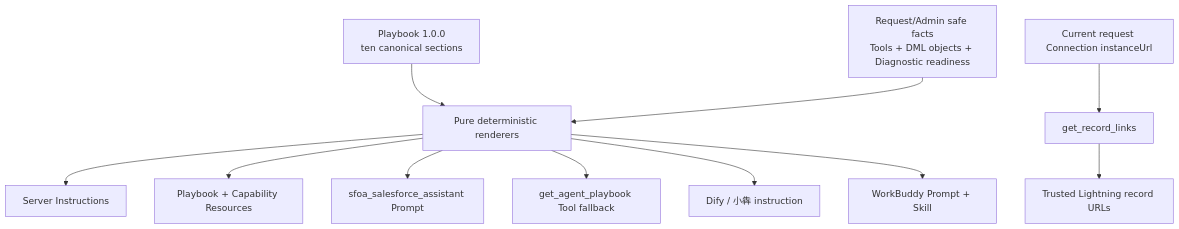
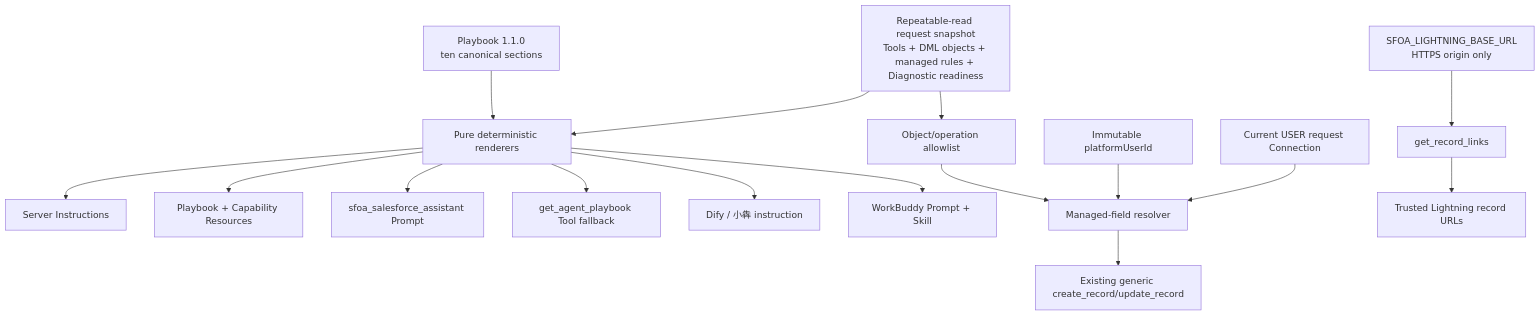
Before and after one commit to ElioLin/sfoa-enterprise-mcp: the seventh of 7 diagrams in docs/sfoa/ARCHITECTURE.md, drawn with Mermaid. The commit also changed other lines of this file and 29 other files, not shown here.

````diff
--- a/docs/sfoa/ARCHITECTURE.md
+++ b/docs/sfoa/ARCHITECTURE.md
@@ -596,13 +596,18 @@
 ```mermaid
 flowchart TD
-  Definition[Playbook 1.0.0<br/>ten canonical sections] --> Renderers[Pure deterministic renderers]
-  Snapshot[Request/Admin safe facts<br/>Tools + DML objects + Diagnostic readiness] --> Renderers
+  Definition[Playbook 1.1.0<br/>ten canonical sections] --> Renderers[Pure deterministic renderers]
+  Snapshot[Repeatable-read request snapshot<br/>Tools + DML objects + managed rules + Diagnostic readiness] --> Renderers
   Renderers --> Instructions[Server Instructions]
   Renderers --> Resources[Playbook + Capability Resources]
   Renderers --> Prompt[sfoa_salesforce_assistant Prompt]
   Renderers --> Fallback[get_agent_playbook Tool fallback]
   Renderers --> Dify[Dify / 小犇 instruction]
   Renderers --> Buddy[WorkBuddy Prompt + Skill]
-  Conn[Current request Connection instanceUrl] --> Links[get_record_links]
+  Snapshot --> Allowlist[Object/operation allowlist]
+  Allowlist --> Managed[Managed-field resolver]
+  Context[Immutable platformUserId] --> Managed
+  Conn[Current USER request Connection] --> Managed
+  Managed --> Generic[Existing generic create_record/update_record]
+  Origin[SFOA_LIGHTNING_BASE_URL<br/>HTTPS origin only] --> Links[get_record_links]
   Links --> Lightning[Trusted Lightning record URLs]
 ```
````
